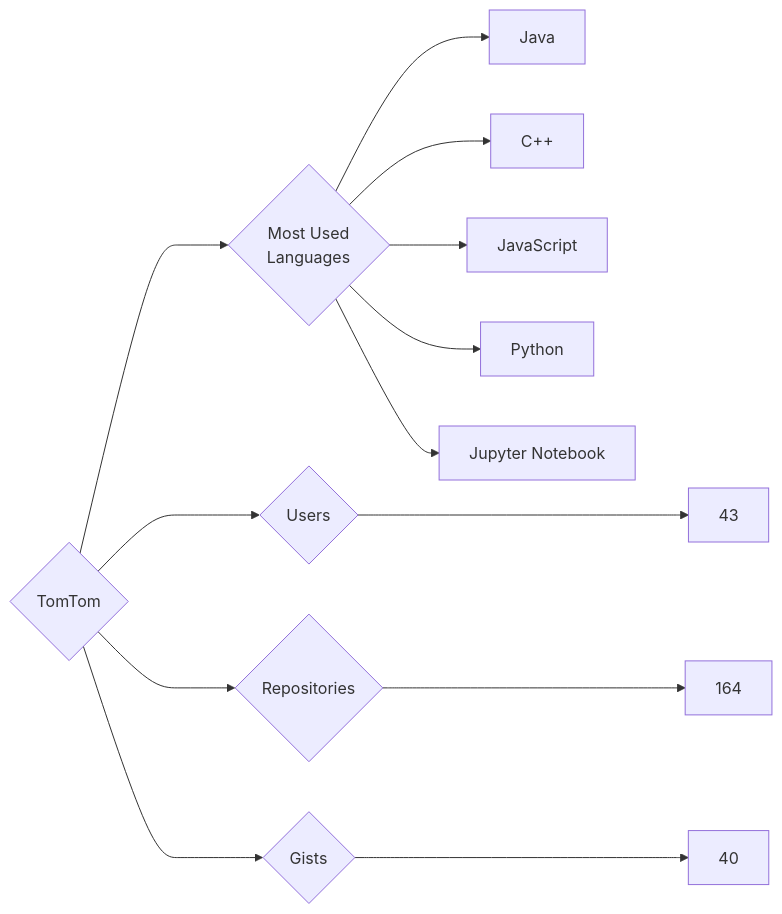
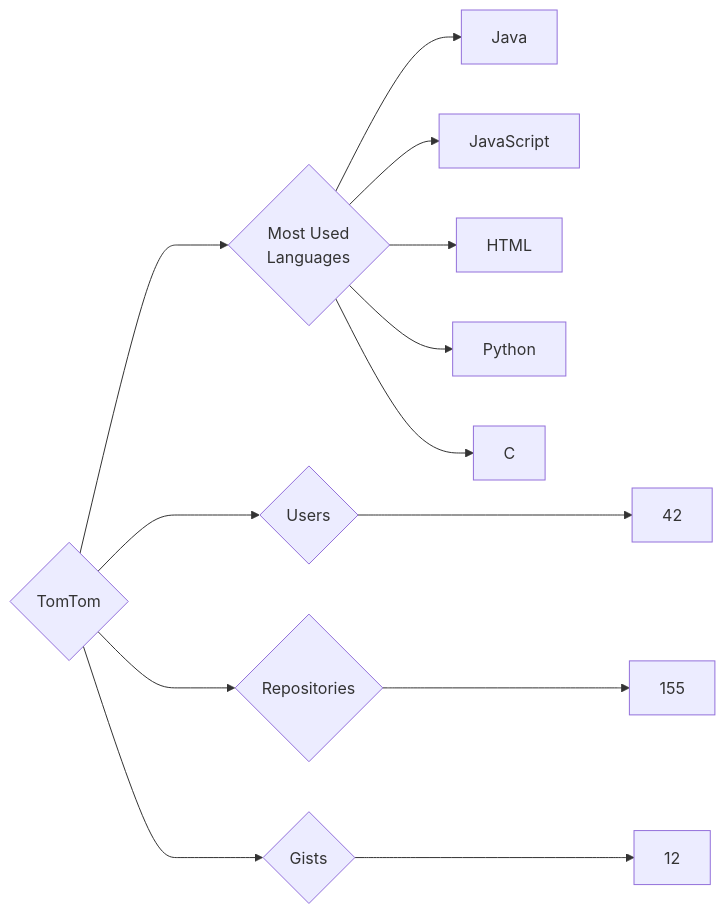
The diagram in targets/TomTom/README.md (trickest/insiders), drawn with Mermaid before and after one commit. The commit also changed 860 other files, not shown here.

````diff
--- a/targets/TomTom/README.md
+++ b/targets/TomTom/README.md
@@ -3,13 +3,13 @@
 ```mermaid
 graph LR
 COMPANY_NAME{TomTom}
-COMPANY_NAME ---> U{Users} ---> UN[43]
-COMPANY_NAME ---> R{Repositories} ---> RN[164]
-COMPANY_NAME ---> G{Gists} ---> GN[40]
+COMPANY_NAME ---> U{Users} ---> UN[42]
+COMPANY_NAME ---> R{Repositories} ---> RN[155]
+COMPANY_NAME ---> G{Gists} ---> GN[12]
 COMPANY_NAME ---> ML{Most Used<br>Languages}
 ML --> Java[Java]
-ML --> C++[C++]
 ML --> JavaScript[JavaScript]
+ML --> HTML[HTML]
 ML --> Python[Python]
-ML --> Jupyter_Notebook[Jupyter Notebook]
+ML --> C[C]
 ```
````
